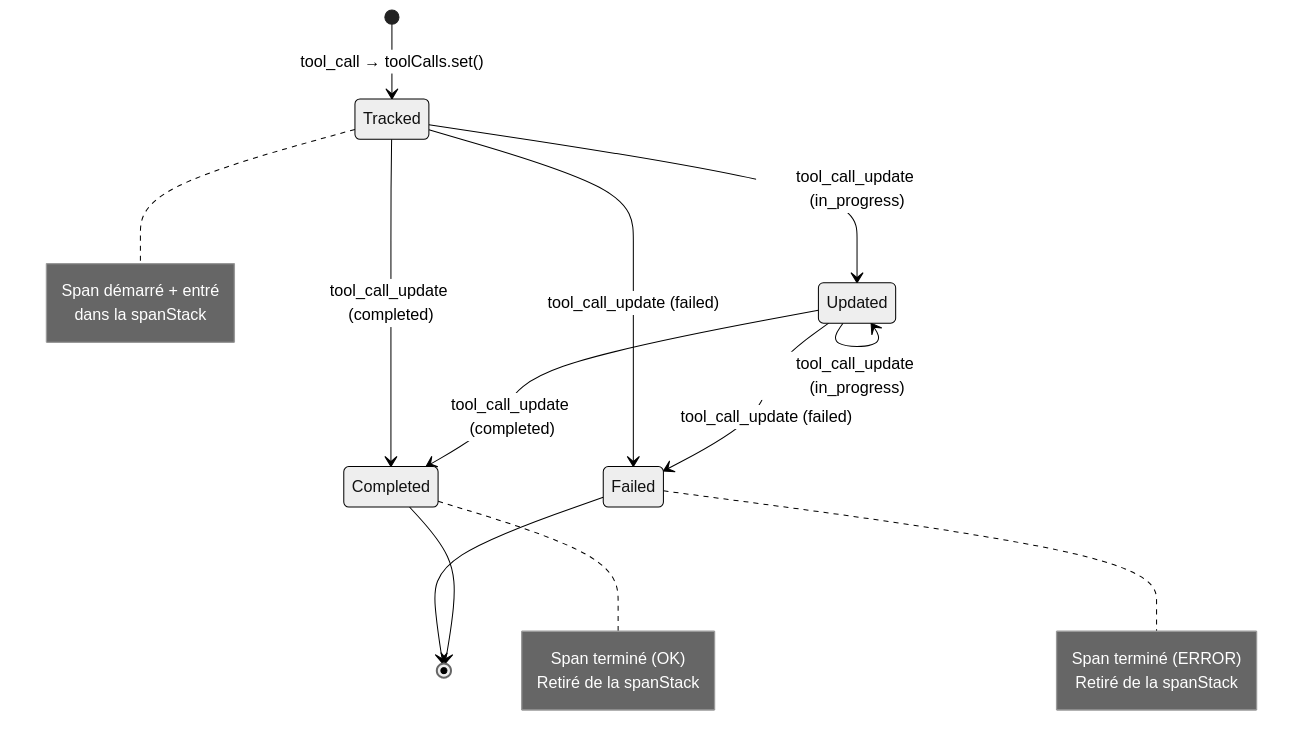
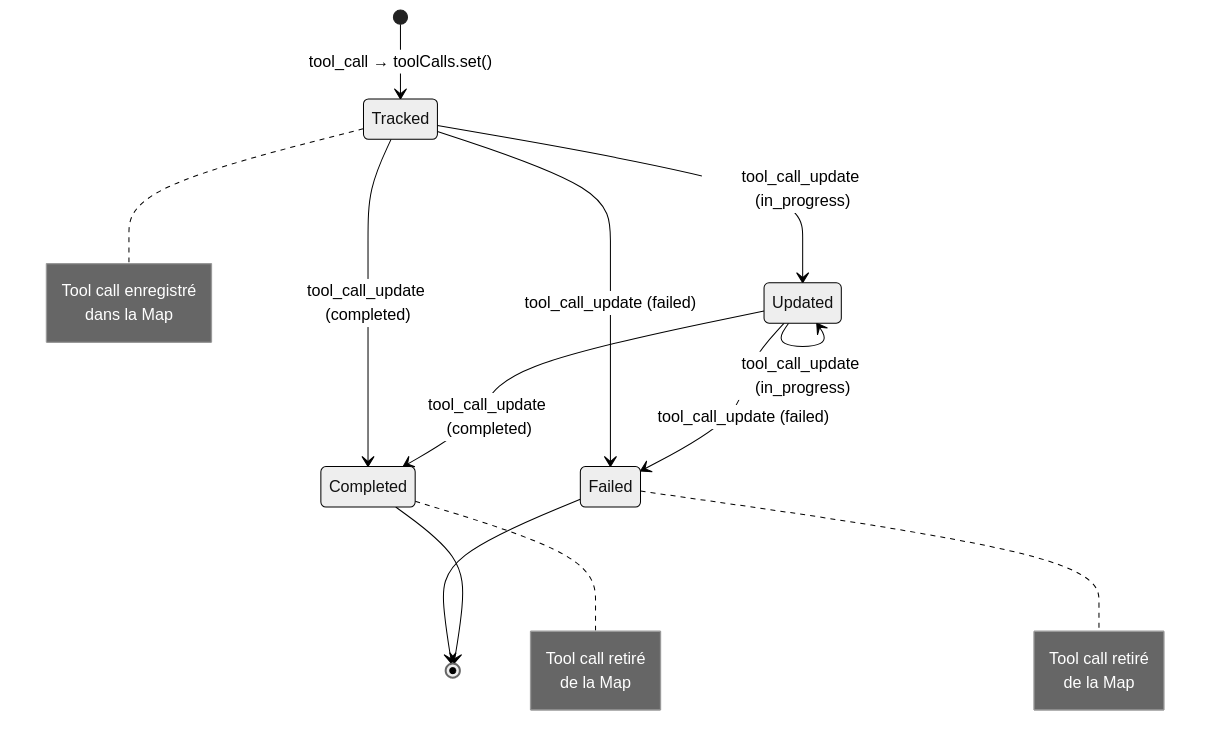
Before and after one commit to atinseau/stark: the fifth of 7 diagrams in docs/components/session-update-handler.md, drawn with Mermaid (neutral theme). The commit also changed other lines of this file and 13 other files, not shown here.

````diff
--- a/docs/components/session-update-handler.md
+++ b/docs/components/session-update-handler.md
@@ -463,27 +412,27 @@
 ```mermaid
 stateDiagram-v2
     [*] --> Tracked: tool_call → toolCalls.set()
     Tracked --> Updated: tool_call_update (in_progress)
     Updated --> Updated: tool_call_update (in_progress)
     Updated --> Completed: tool_call_update (completed)
     Updated --> Failed: tool_call_update (failed)
     Tracked --> Completed: tool_call_update (completed)
     Tracked --> Failed: tool_call_update (failed)
     Completed --> [*]
     Failed --> [*]
 
     note right of Tracked
-        Span démarré + entré
-        dans la spanStack
+        Tool call enregistré
+        dans la Map
     end note
 
     note right of Completed
-        Span terminé (OK)
-        Retiré de la spanStack
+        Tool call retiré
+        de la Map
     end note
 
     note right of Failed
-        Span terminé (ERROR)
-        Retiré de la spanStack
+        Tool call retiré
+        de la Map
     end note
 ```
````
